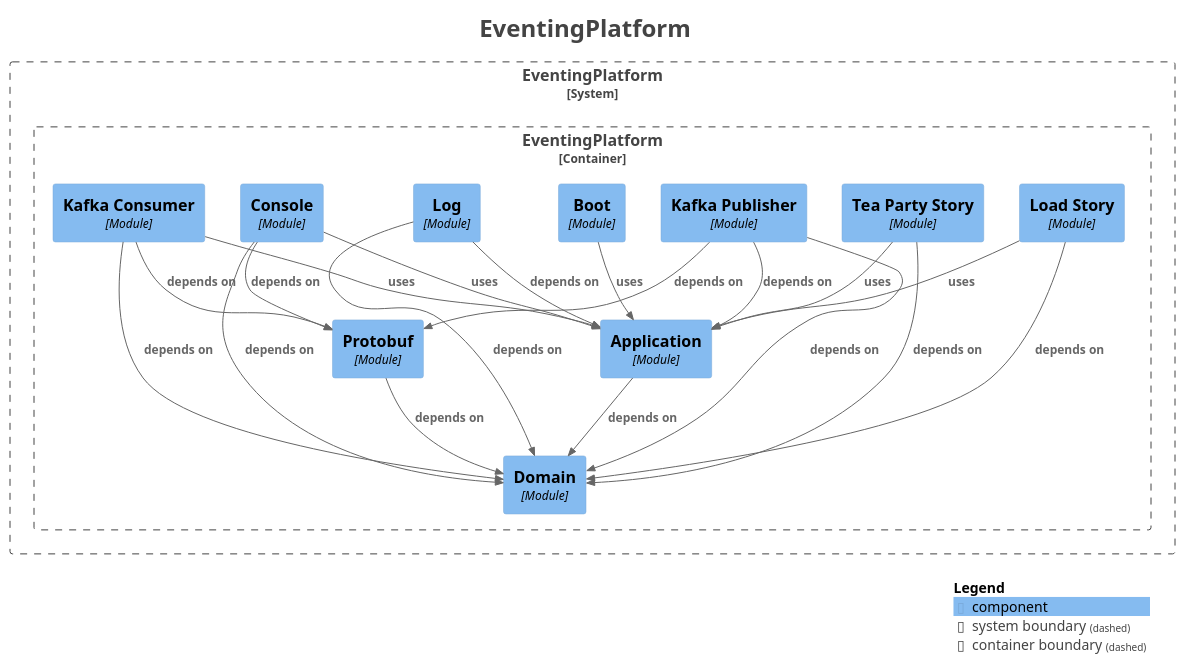
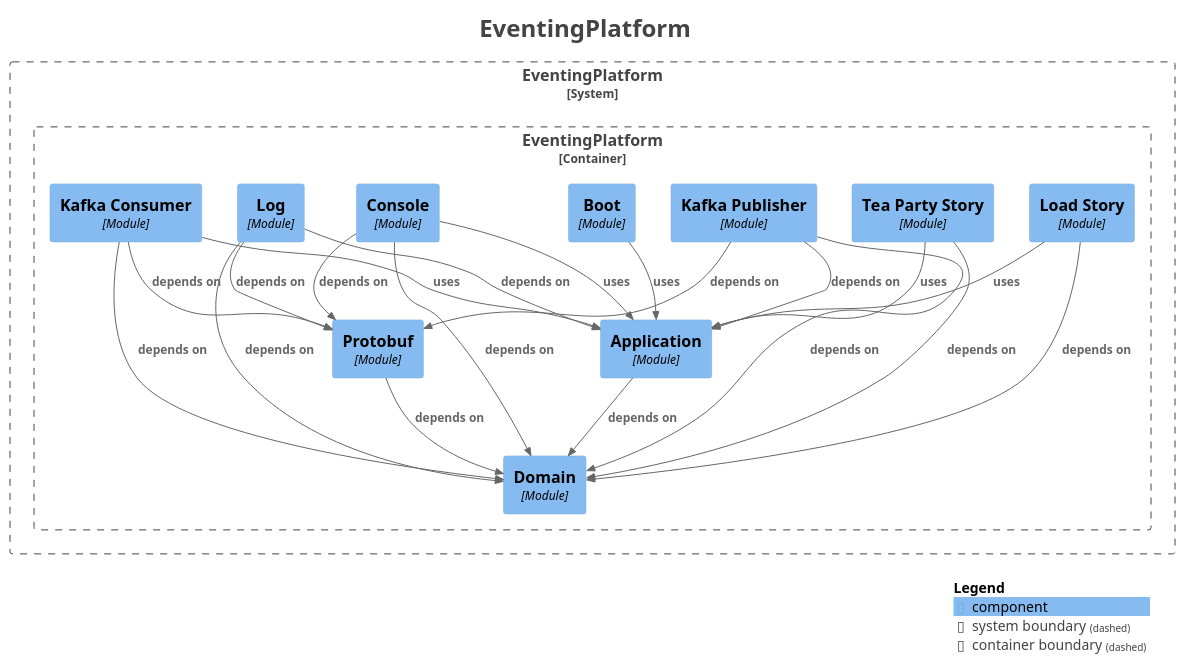
The diagram in docs/generated/architecture/plantuml/components.puml (Mathmagicians/confluent-eventing-playground), drawn with PlantUML before and after one commit. The commit also changed 107 other files, not shown here.

```diff
--- a/docs/generated/architecture/plantuml/components.puml
+++ b/docs/generated/architecture/plantuml/components.puml
@@ -1,55 +1,56 @@
 @startuml
 title <size:24>EventingPlatform</size>
 
 set separator none
 top to bottom direction
 
 <style>
   root {
     BackgroundColor: #ffffff
     FontColor: #444444
   }
 </style>
 
 !include <C4/C4>
 !include <C4/C4_Context>
 !include <C4/C4_Component>
 
 System_Boundary("EventingPlatform_boundary", "EventingPlatform", $tags="") {
   Container_Boundary("EventingPlatform.EventingPlatform_boundary", "EventingPlatform", $tags="") {
     Component(EventingPlatform.EventingPlatform.KafkaPublisher, "Kafka Publisher", $techn="Module", $descr="", $tags="", $link="")
     Component(EventingPlatform.EventingPlatform.LoadStory, "Load Story", $techn="Module", $descr="", $tags="", $link="")
     Component(EventingPlatform.EventingPlatform.TeaPartyStory, "Tea Party Story", $techn="Module", $descr="", $tags="", $link="")
     Component(EventingPlatform.EventingPlatform.Domain, "Domain", $techn="Module", $descr="", $tags="", $link="")
     Component(EventingPlatform.EventingPlatform.Protobuf, "Protobuf", $techn="Module", $descr="", $tags="", $link="")
     Component(EventingPlatform.EventingPlatform.Application, "Application", $techn="Module", $descr="", $tags="", $link="")
     Component(EventingPlatform.EventingPlatform.Boot, "Boot", $techn="Module", $descr="", $tags="", $link="")
     Component(EventingPlatform.EventingPlatform.Console, "Console", $techn="Module", $descr="", $tags="", $link="")
     Component(EventingPlatform.EventingPlatform.Log, "Log", $techn="Module", $descr="", $tags="", $link="")
     Component(EventingPlatform.EventingPlatform.KafkaConsumer, "Kafka Consumer", $techn="Module", $descr="", $tags="", $link="")
   }
 
 }
 
 Rel(EventingPlatform.EventingPlatform.KafkaConsumer, EventingPlatform.EventingPlatform.Domain, "depends on", $techn="", $tags="", $link="")
 Rel(EventingPlatform.EventingPlatform.KafkaConsumer, EventingPlatform.EventingPlatform.Protobuf, "depends on", $techn="", $tags="", $link="")
 Rel(EventingPlatform.EventingPlatform.KafkaConsumer, EventingPlatform.EventingPlatform.Application, "uses", $techn="", $tags="", $link="")
+Rel(EventingPlatform.EventingPlatform.Protobuf, EventingPlatform.EventingPlatform.Domain, "depends on", $techn="", $tags="", $link="")
+Rel(EventingPlatform.EventingPlatform.LoadStory, EventingPlatform.EventingPlatform.Domain, "depends on", $techn="", $tags="", $link="")
+Rel(EventingPlatform.EventingPlatform.LoadStory, EventingPlatform.EventingPlatform.Application, "uses", $techn="", $tags="", $link="")
+Rel(EventingPlatform.EventingPlatform.Log, EventingPlatform.EventingPlatform.Domain, "depends on", $techn="", $tags="", $link="")
+Rel(EventingPlatform.EventingPlatform.Log, EventingPlatform.EventingPlatform.Protobuf, "depends on", $techn="", $tags="", $link="")
+Rel(EventingPlatform.EventingPlatform.Log, EventingPlatform.EventingPlatform.Application, "depends on", $techn="", $tags="", $link="")
+Rel(EventingPlatform.EventingPlatform.KafkaPublisher, EventingPlatform.EventingPlatform.Domain, "depends on", $techn="", $tags="", $link="")
+Rel(EventingPlatform.EventingPlatform.KafkaPublisher, EventingPlatform.EventingPlatform.Protobuf, "depends on", $techn="", $tags="", $link="")
+Rel(EventingPlatform.EventingPlatform.KafkaPublisher, EventingPlatform.EventingPlatform.Application, "depends on", $techn="", $tags="", $link="")
+Rel(EventingPlatform.EventingPlatform.Boot, EventingPlatform.EventingPlatform.Application, "uses", $techn="", $tags="", $link="")
+Rel(EventingPlatform.EventingPlatform.TeaPartyStory, EventingPlatform.EventingPlatform.Domain, "depends on", $techn="", $tags="", $link="")
+Rel(EventingPlatform.EventingPlatform.TeaPartyStory, EventingPlatform.EventingPlatform.Application, "uses", $techn="", $tags="", $link="")
 Rel(EventingPlatform.EventingPlatform.Application, EventingPlatform.EventingPlatform.Domain, "depends on", $techn="", $tags="", $link="")
 Rel(EventingPlatform.EventingPlatform.Console, EventingPlatform.EventingPlatform.Protobuf, "depends on", $techn="", $tags="", $link="")
 Rel(EventingPlatform.EventingPlatform.Console, EventingPlatform.EventingPlatform.Domain, "depends on", $techn="", $tags="", $link="")
 Rel(EventingPlatform.EventingPlatform.Console, EventingPlatform.EventingPlatform.Application, "uses", $techn="", $tags="", $link="")
-Rel(EventingPlatform.EventingPlatform.TeaPartyStory, EventingPlatform.EventingPlatform.Domain, "depends on", $techn="", $tags="", $link="")
-Rel(EventingPlatform.EventingPlatform.TeaPartyStory, EventingPlatform.EventingPlatform.Application, "uses", $techn="", $tags="", $link="")
-Rel(EventingPlatform.EventingPlatform.KafkaPublisher, EventingPlatform.EventingPlatform.Domain, "depends on", $techn="", $tags="", $link="")
-Rel(EventingPlatform.EventingPlatform.KafkaPublisher, EventingPlatform.EventingPlatform.Protobuf, "depends on", $techn="", $tags="", $link="")
-Rel(EventingPlatform.EventingPlatform.KafkaPublisher, EventingPlatform.EventingPlatform.Application, "depends on", $techn="", $tags="", $link="")
-Rel(EventingPlatform.EventingPlatform.Log, EventingPlatform.EventingPlatform.Domain, "depends on", $techn="", $tags="", $link="")
-Rel(EventingPlatform.EventingPlatform.Log, EventingPlatform.EventingPlatform.Application, "depends on", $techn="", $tags="", $link="")
-Rel(EventingPlatform.EventingPlatform.Boot, EventingPlatform.EventingPlatform.Application, "uses", $techn="", $tags="", $link="")
-Rel(EventingPlatform.EventingPlatform.LoadStory, EventingPlatform.EventingPlatform.Domain, "depends on", $techn="", $tags="", $link="")
-Rel(EventingPlatform.EventingPlatform.LoadStory, EventingPlatform.EventingPlatform.Application, "uses", $techn="", $tags="", $link="")
-Rel(EventingPlatform.EventingPlatform.Protobuf, EventingPlatform.EventingPlatform.Domain, "depends on", $techn="", $tags="", $link="")
 
 SHOW_LEGEND(true)
 hide stereotypes
 @enduml
```
